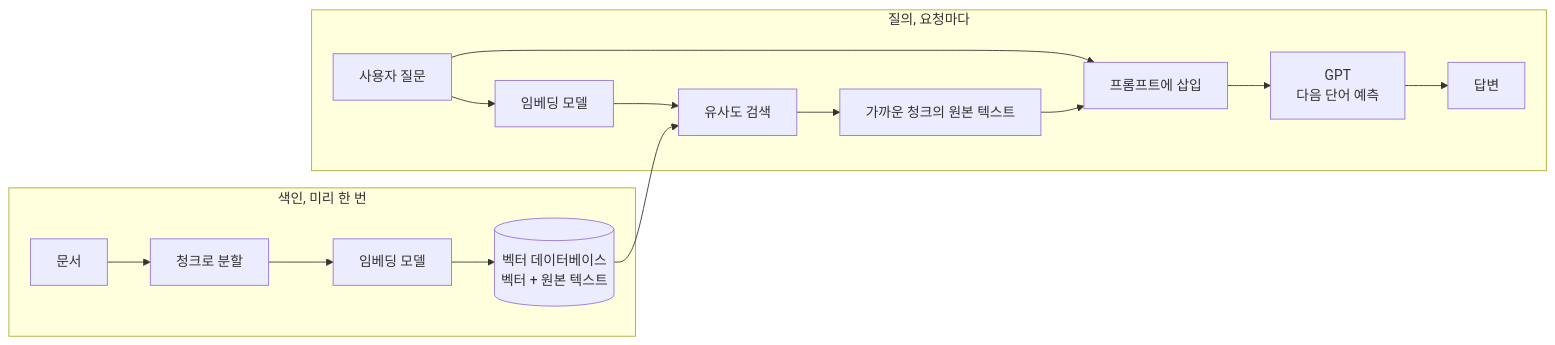
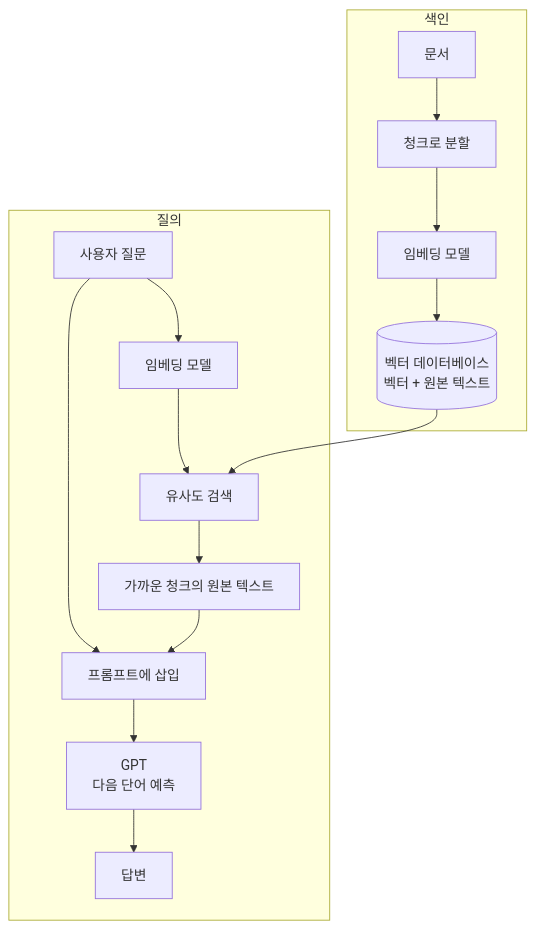
One commit to K-Diger/k-diger.github.io changed the fifth of 5 diagrams in _posts/2026-09-02-perceptron-linear-separability-llm.md. Above: the diagram before and after it, drawn with Mermaid. The commit also changed other lines of this file, not shown here.

First line of the commit message:
content: 큰 그림에 RAG 반영, 파라미터 수의 의미 추가, RAG 다이어그램 안전하게 재구성

````diff
--- a/_posts/2026-09-02-perceptron-linear-separability-llm.md
+++ b/_posts/2026-09-02-perceptron-linear-separability-llm.md
@@ -338,19 +355,20 @@
 ```mermaid
-flowchart LR
-    subgraph Index["색인, 미리 한 번"]
+flowchart TB
+    subgraph Index["색인"]
         DOC["문서"] --> CHUNK["청크로 분할"]
         CHUNK --> EMB1["임베딩 모델"]
         EMB1 --> DB[("벡터 데이터베이스<br/>벡터 + 원본 텍스트")]
     end
 
-    subgraph Query["질의, 요청마다"]
+    subgraph Query["질의"]
         Q["사용자 질문"] --> EMB2["임베딩 모델"]
         EMB2 --> SEARCH["유사도 검색"]
-        DB --> SEARCH
         SEARCH --> CTX["가까운 청크의 원본 텍스트"]
         CTX --> PROMPT["프롬프트에 삽입"]
         Q --> PROMPT
         PROMPT --> GEN["GPT<br/>다음 단어 예측"]
         GEN --> ANS["답변"]
     end
+
+    DB --> SEARCH
 ```
````
